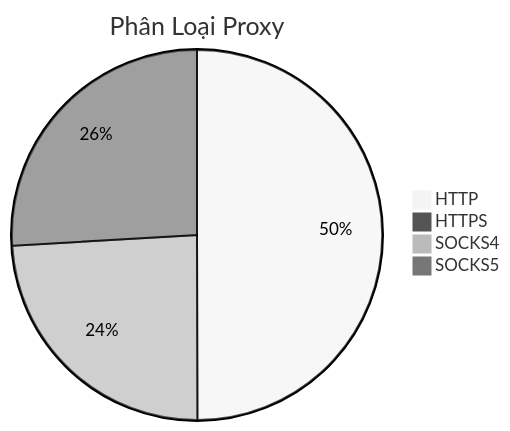
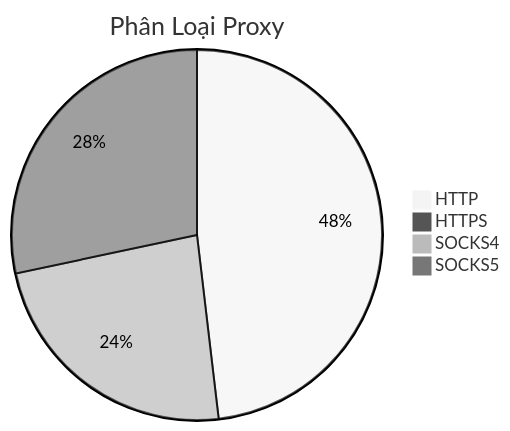
Before and after one commit to Ciara-12/PROXY-free: the diagram in README.md, drawn with Mermaid (neutral theme). The commit also changed other lines of this file and 4 other files, not shown here.

````diff
--- a/README.md
+++ b/README.md
@@ -26,7 +26,7 @@
 ```mermaid
 pie title Phân Loại Proxy
-    "HTTP" : 738
+    "HTTP" : 824
     "HTTPS" : 1
-    "SOCKS4" : 356
-    "SOCKS5" : 383
+    "SOCKS4" : 403
+    "SOCKS5" : 485
 ```
````
